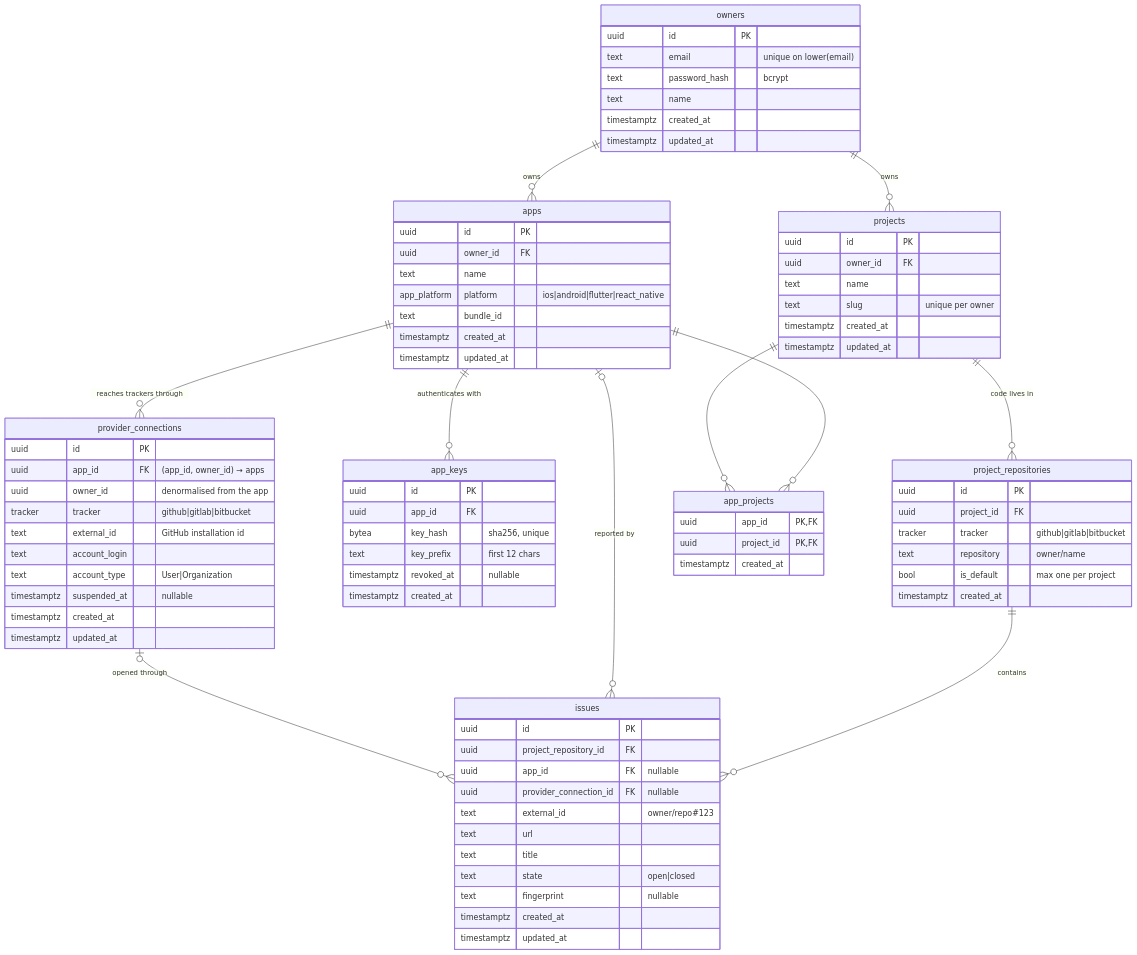
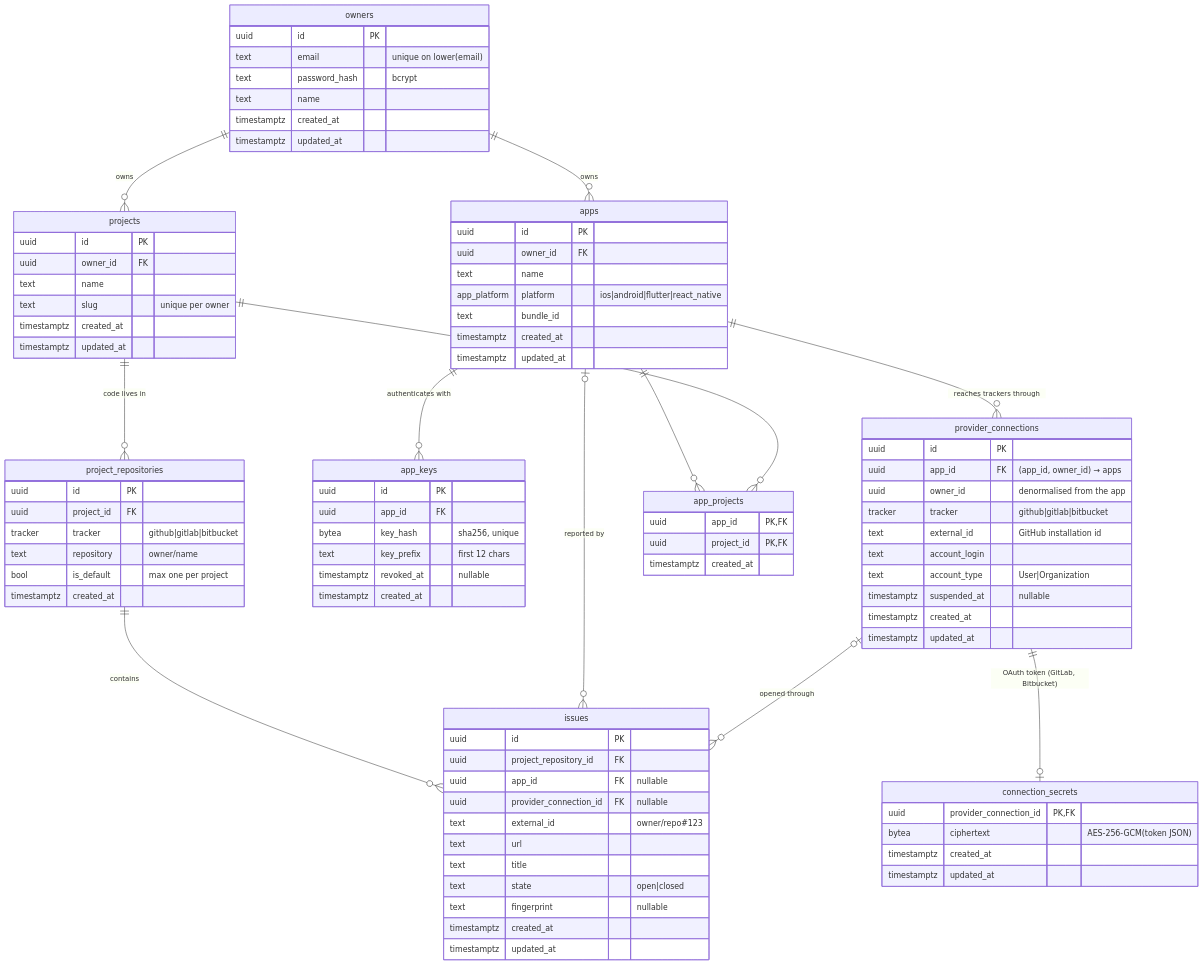
One commit to MicroClub-USTHB/m-Seismo changed the diagram in backend/docs/data-model.md. Above: the diagram before and after it, drawn with Mermaid. The commit also changed other lines of this file and 14 other files, not shown here.

First line of the commit message:
docs(backend): document the GitLab and Bitbucket integrations

```diff
--- a/backend/docs/data-model.md
+++ b/backend/docs/data-model.md
@@ -32,6 +32,7 @@
     project_repositories ||--o{ issues : "contains"
     apps |o--o{ issues : "reported by"
     provider_connections |o--o{ issues : "opened through"
+    provider_connections ||--o| connection_secrets : "OAuth token (GitLab, Bitbucket)"
 
     owners {
         uuid id PK
@@ -78,6 +79,12 @@
         timestamptz created_at
         timestamptz updated_at
     }
+    connection_secrets {
+        uuid provider_connection_id PK,FK
+        bytea ciphertext "AES-256-GCM(token JSON)"
+        timestamptz created_at
+        timestamptz updated_at
+    }
     app_keys {
         uuid id PK
         uuid app_id FK
```
